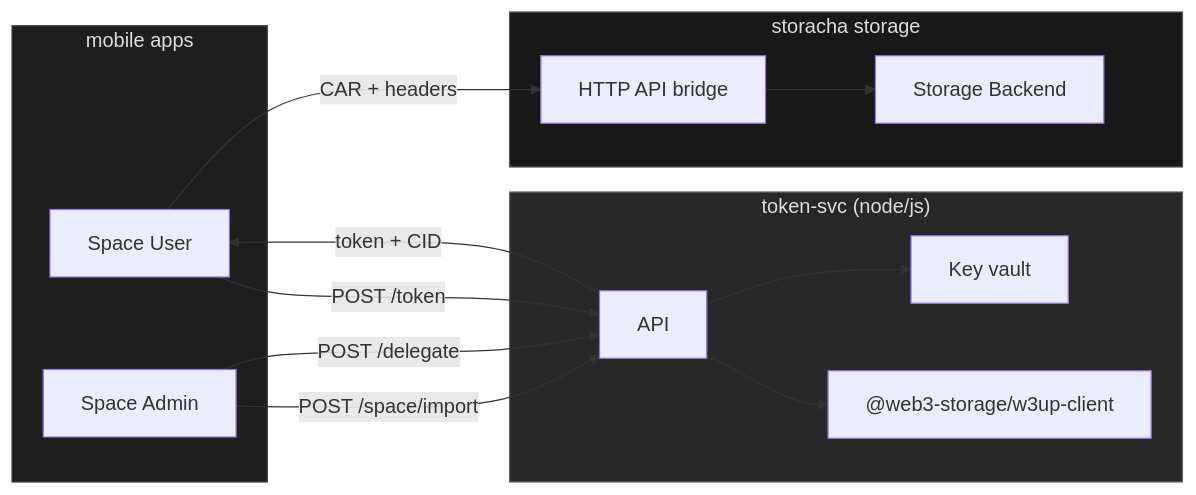
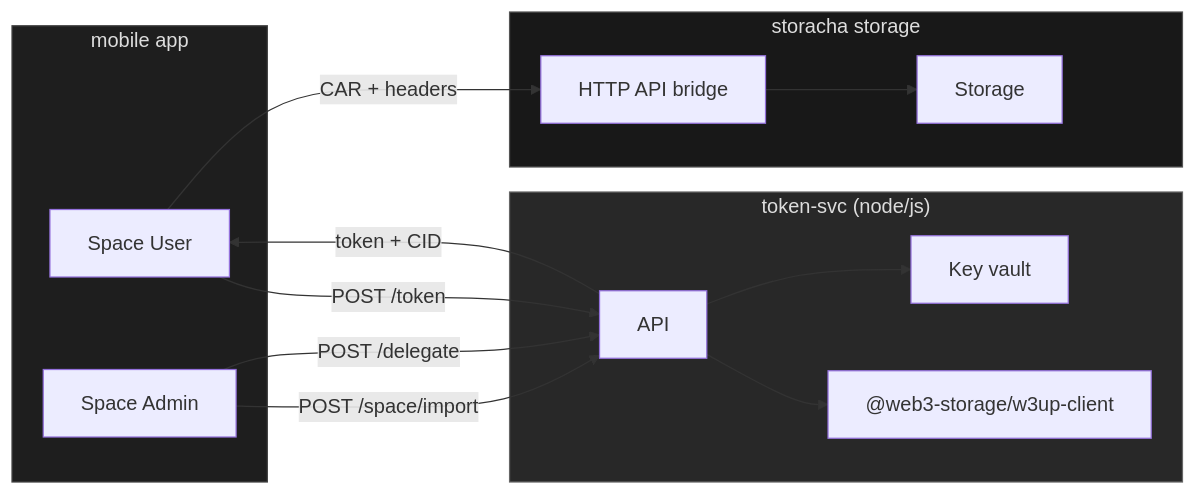
The diagram in README.md (hyphacoop/save-storacha), drawn with Mermaid before and after one commit.

````diff
--- a/README.md
+++ b/README.md
@@ -5,34 +5,34 @@
 ```mermaid
 flowchart LR
     %% mobile clients
-    subgraph Mobile["mobile apps"]
+    subgraph Mobile["mobile app"]
         style Mobile fill:#1e1e1e,stroke:#444,color:#ddd
         UA["Space User"]
         AA["Space Admin"]
     end
 
     %% token service
     subgraph TokenSvc["token-svc (node/js)"]
         style TokenSvc fill:#282828,stroke:#666,color:#ddd
         API["API"]
         KV["Key vault"]
         SDK["@web3-storage/w3up-client"]
         API --> KV
         API --> SDK
     end
 
     %% storacha storage
     subgraph Storacha["storacha storage"]
         style Storacha fill:#181818,stroke:#555,color:#ddd
         BR["HTTP API bridge"]
-        DB["Storage Backend"]
+        DB["Storage"]
         BR --> DB
     end
 
     %% flows
     AA -- "POST /space/import" --> API
     AA -- "POST /delegate"     --> API
     UA -- "POST /token"        --> API
     API -- "token + CID"       --> UA
     UA -- "CAR + headers"      --> BR
 ```
````
